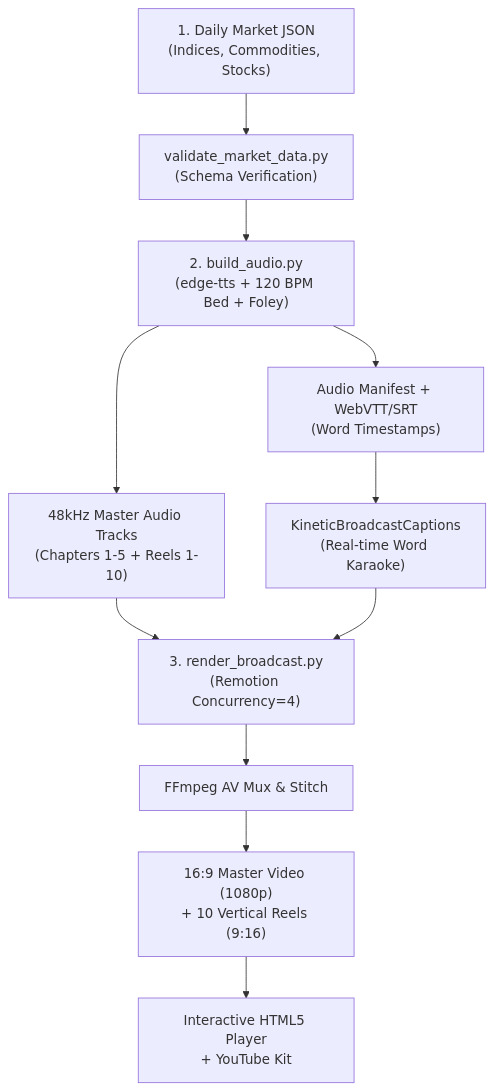
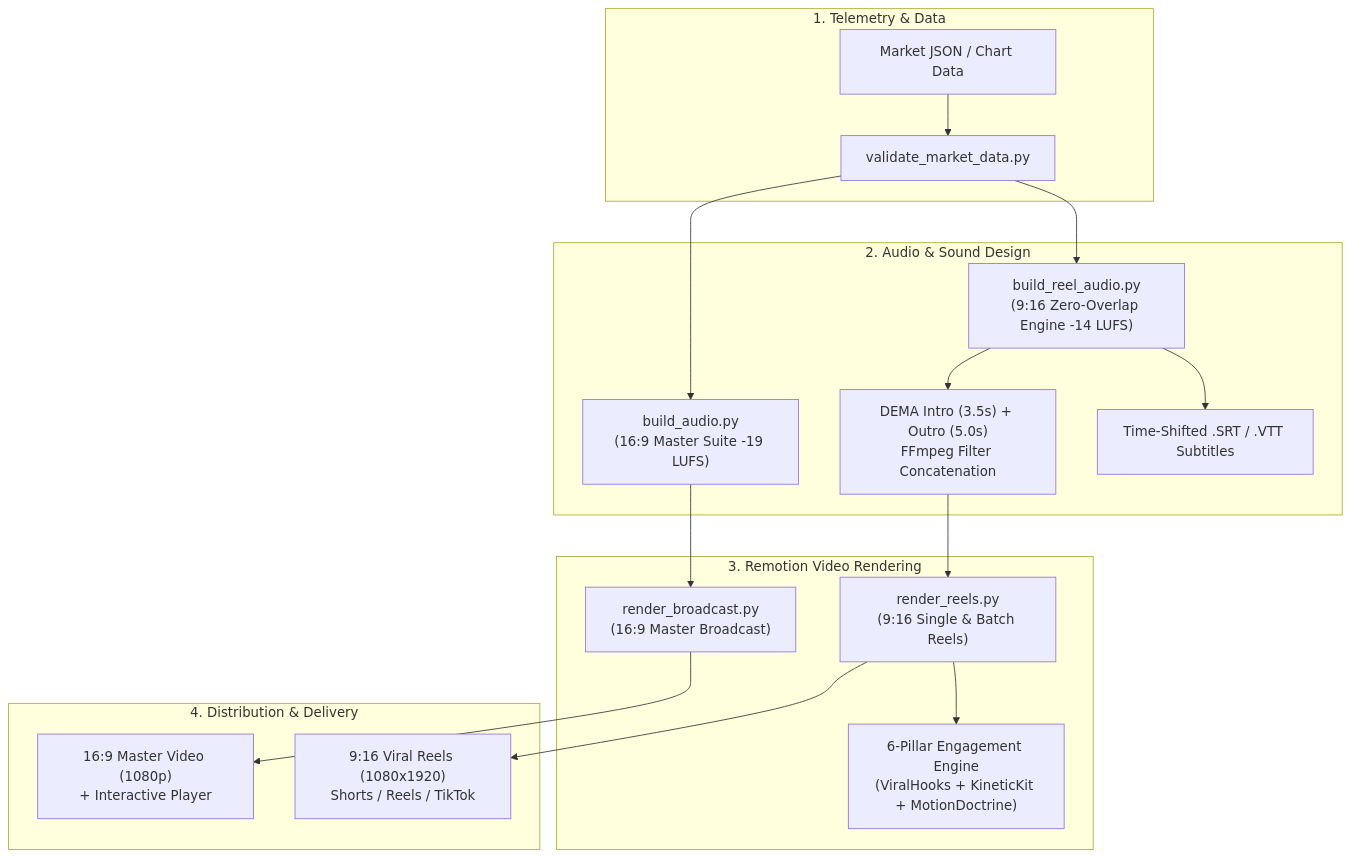
Before and after one commit to Nitansh/dema-broadcast: the diagram in README.md, drawn with Mermaid. The commit also changed other lines of this file and 11 other files, not shown here.

Commit message:
feat: Dual-Format pipeline with 9:16 vertical reels, zero-overlap audio engine, DEMA intro/outro, and 6-pillar engagement doctrine

````diff
--- a/README.md
+++ b/README.md
@@ -27,13 +29,24 @@
 ```mermaid
 flowchart TD
-    Data["1. Daily Market JSON<br/>(Indices, Commodities, Stocks)"] --> Val["validate_market_data.py<br/>(Schema Verification)"]
-    Val --> Audio["2. build_audio.py<br/>(edge-tts + 120 BPM Bed + Foley)"]
-    Audio --> Tracks["48kHz Master Audio Tracks<br/>(Chapters 1-5 + Reels 1-10)"]
-    Audio --> Manifest["Audio Manifest + WebVTT/SRT<br/>(Word Timestamps)"]
-    Manifest --> Captions["KineticBroadcastCaptions<br/>(Real-time Word Karaoke)"]
-    Tracks --> Remotion["3. render_broadcast.py<br/>(Remotion Concurrency=4)"]
-    Captions --> Remotion
-    Remotion --> Mux["FFmpeg AV Mux & Stitch"]
-    Mux --> Master["16:9 Master Video (1080p)<br/>+ 10 Vertical Reels (9:16)"]
-    Master --> Web["Interactive HTML5 Player<br/>+ YouTube Kit"]
+    subgraph Ingestion["1. Telemetry & Data"]
+        Data["Market JSON / Chart Data"] --> Val["validate_market_data.py"]
+    end
+
+    subgraph AudioEngine["2. Audio & Sound Design"]
+        Val --> A1["build_audio.py<br/>(16:9 Master Suite -19 LUFS)"]
+        Val --> A2["build_reel_audio.py<br/>(9:16 Zero-Overlap Engine -14 LUFS)"]
+        A2 --> Stings["DEMA Intro (3.5s) + Outro (5.0s)<br/>FFmpeg Filter Concatenation"]
+        A2 --> Sub["Time-Shifted .SRT / .VTT Subtitles"]
+    end
+
+    subgraph MotionEngine["3. Remotion Video Rendering"]
+        A1 --> R1["render_broadcast.py<br/>(16:9 Master Broadcast)"]
+        Stings --> R2["render_reels.py<br/>(9:16 Single & Batch Reels)"]
+        R2 --> SixPillar["6-Pillar Engagement Engine<br/>(ViralHooks + KineticKit + MotionDoctrine)"]
+    end
+
+    subgraph Deliverables["4. Distribution & Delivery"]
+        R1 --> Master169["16:9 Master Video (1080p)<br/>+ Interactive Player"]
+        R2 --> Master916["9:16 Viral Reels (1080x1920)<br/>Shorts / Reels / TikTok"]
+    end
 ```
````
